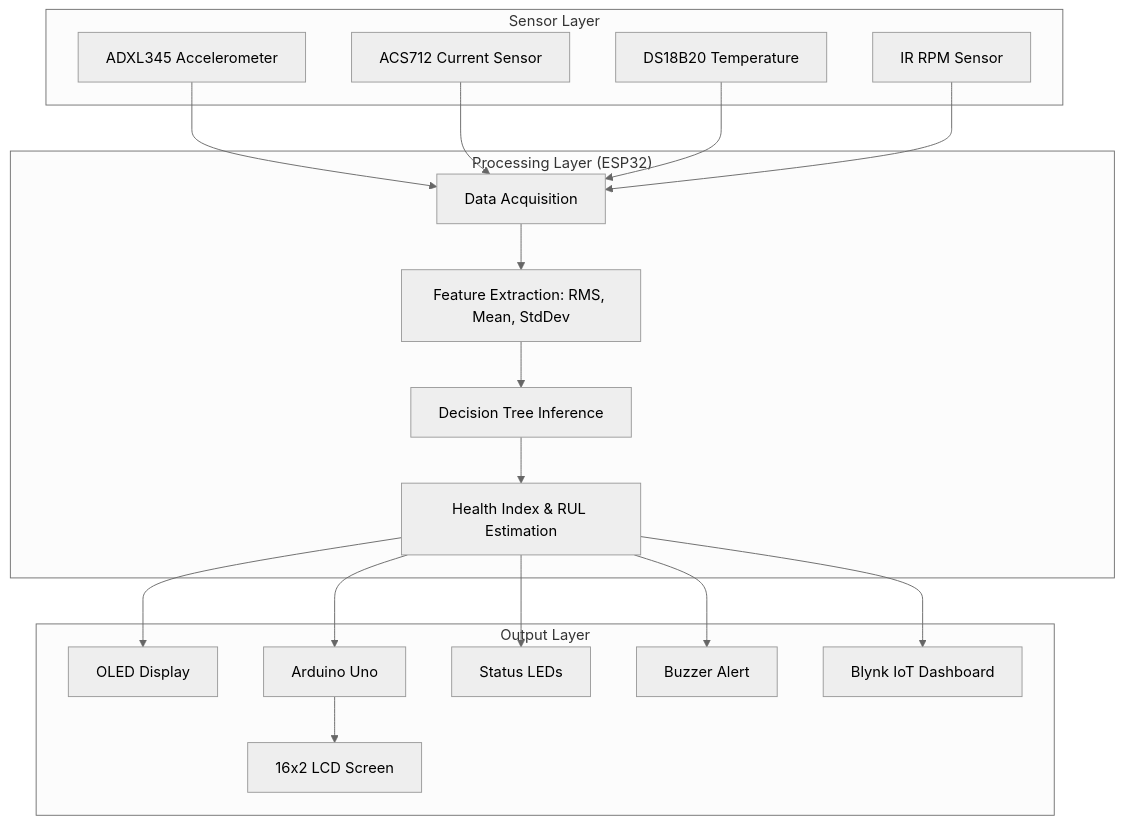
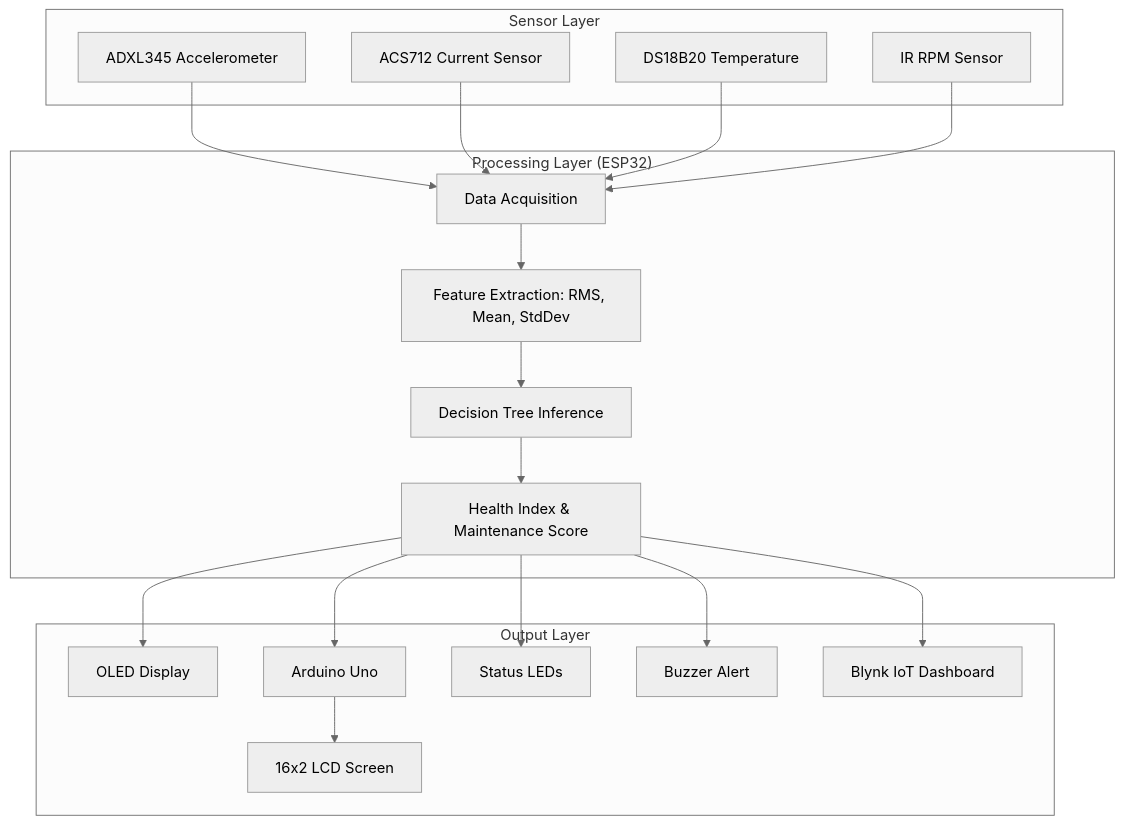
One commit to AishikTokdar/Real-Time-Motor-Health-Monitoring-and-Predictive-Fault-Detection changed the diagram in README.md. Above: the diagram before and after it, drawn with Mermaid (neutral theme). The commit also changed other lines of this file, not shown here.

````diff
--- a/README.md
+++ b/README.md
@@ -33,39 +33,39 @@
 ```mermaid
 graph TD
     subgraph "Sensor Layer"
         ADXL[ADXL345 Accelerometer]
         ACS[ACS712 Current Sensor]
         DS18[DS18B20 Temperature]
         IR[IR RPM Sensor]
     end
 
     subgraph "Processing Layer (ESP32)"
         DAQ[Data Acquisition]
         FE[Feature Extraction: RMS, Mean, StdDev]
         ML[Decision Tree Inference]
-        Health[Health Index & RUL Estimation]
+        Health[Health Index & Maintenance Score]
     end
 
     subgraph "Output Layer"
         OLED[OLED Display]
         UNO[Arduino Uno] --> LCD[16x2 LCD Screen]
         LED[Status LEDs]
         BUZZ[Buzzer Alert]
         Blynk[Blynk IoT Dashboard]
     end
 
     ADXL --> DAQ
     ACS --> DAQ
     DS18 --> DAQ
     IR --> DAQ
 
     DAQ --> FE
     FE --> ML
     ML --> Health
 
     Health --> OLED
     Health --> UNO
     Health --> LED
     Health --> BUZZ
     Health --> Blynk
 ```
````
